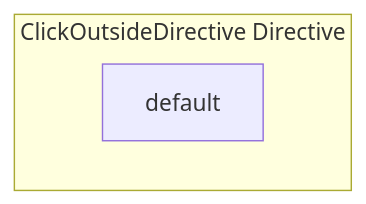
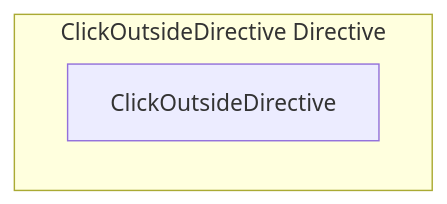
The diagram in docs/api/directives/clickoutsidedirective.md (y4my4my4m/harmony), drawn with Mermaid before and after one commit. The commit also changed other lines of this file and 350 other files, not shown here.

````diff
--- a/docs/api/directives/clickoutsidedirective.md
+++ b/docs/api/directives/clickoutsidedirective.md
@@ -7,10 +7,6 @@
 ```mermaid
 graph TB
     subgraph "ClickOutsideDirective Directive"
-        DEFAULT[default]
+        CLICKOUTSIDEDIRECTIVE[ClickOutsideDirective]
     end
-    
-    
-    
-    
 ```
````
